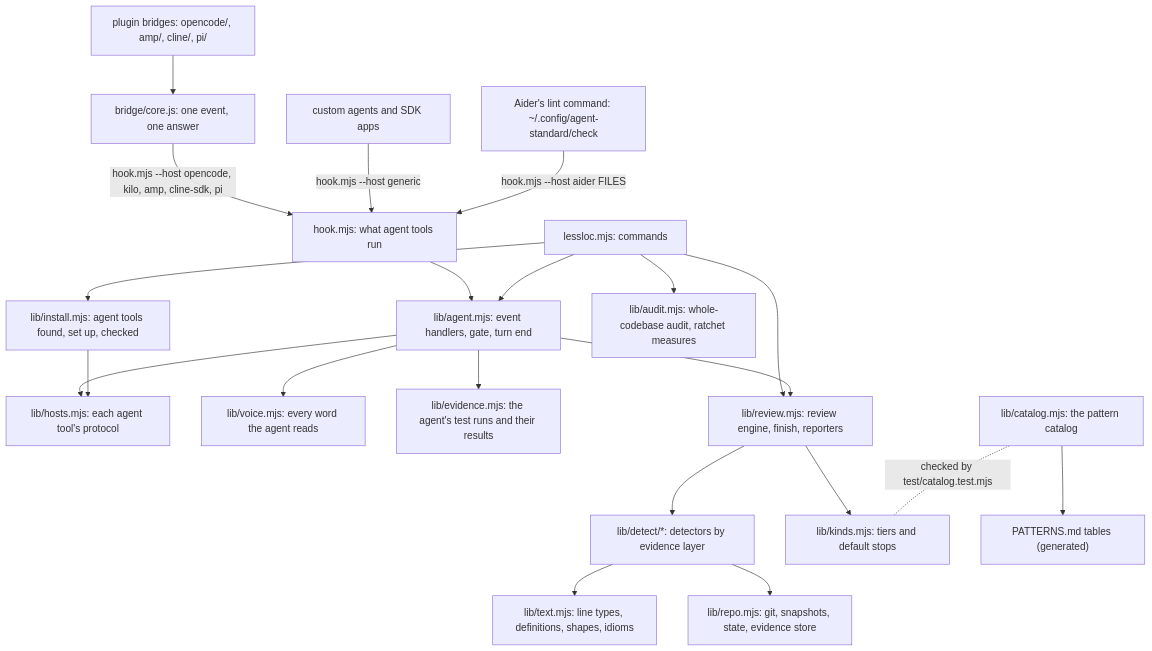
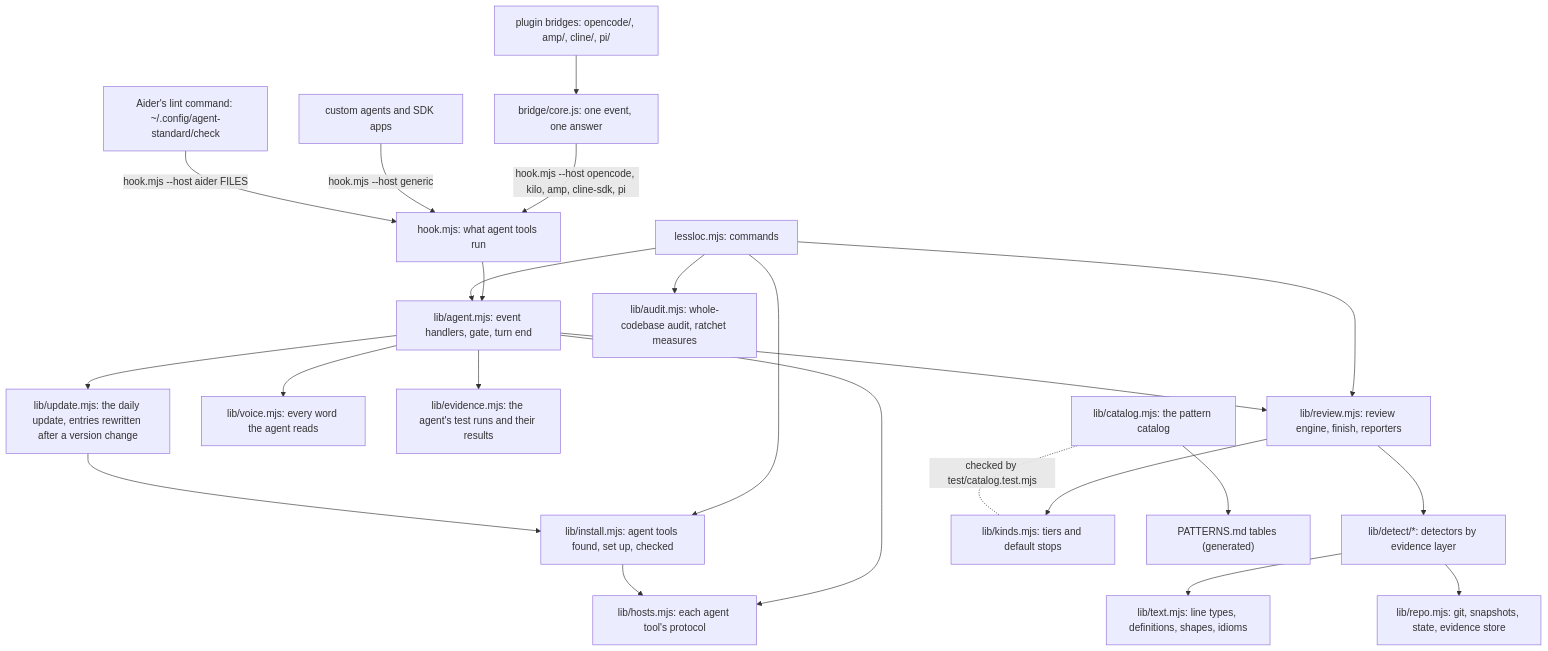
The first of 2 diagrams in ARCHITECTURE.md (rextail-ai/lessloc), drawn with Mermaid before and after one commit. The commit also changed other lines of this file and 27 other files, not shown here.

````diff
--- a/ARCHITECTURE.md
+++ b/ARCHITECTURE.md
@@ -7,23 +7,25 @@
 ```mermaid
 flowchart TB
   entry["hook.mjs: what agent tools run"] --> agent["lib/agent.mjs: event handlers, gate, turn end"]
   cli["lessloc.mjs: commands"] --> agent
   agent --> hosts["lib/hosts.mjs: each agent tool's protocol"]
   cli --> install["lib/install.mjs: agent tools found, set up, checked"]
+  agent --> update["lib/update.mjs: the daily update, entries rewritten after a version change"]
+  update --> install
   install --> hosts
   agent --> voice["lib/voice.mjs: every word the agent reads"]
   agent --> evidence["lib/evidence.mjs: the agent's test runs and their results"]
   plugins["plugin bridges: opencode/, amp/, cline/, pi/"] --> core["bridge/core.js: one event, one answer"]
   core -->|"hook.mjs --host opencode, kilo, amp, cline-sdk, pi"| entry
   custom["custom agents and SDK apps"] -->|"hook.mjs --host generic"| entry
   aider["Aider's lint command: ~/.config/agent-standard/check"] -->|"hook.mjs --host aider FILES"| entry
   cli --> engine["lib/review.mjs: review engine, finish, reporters"]
   cli --> audit["lib/audit.mjs: whole-codebase audit, ratchet measures"]
   agent --> engine
   engine --> det["lib/detect/*: detectors by evidence layer"]
   engine --> kinds["lib/kinds.mjs: tiers and default stops"]
   det --> text["lib/text.mjs: line types, definitions, shapes, idioms"]
   det --> repo["lib/repo.mjs: git, snapshots, state, evidence store"]
   catalog["lib/catalog.mjs: the pattern catalog"] --> doc["PATTERNS.md tables (generated)"]
   catalog -. "checked by test/catalog.test.mjs" .- kinds
 ```
````
